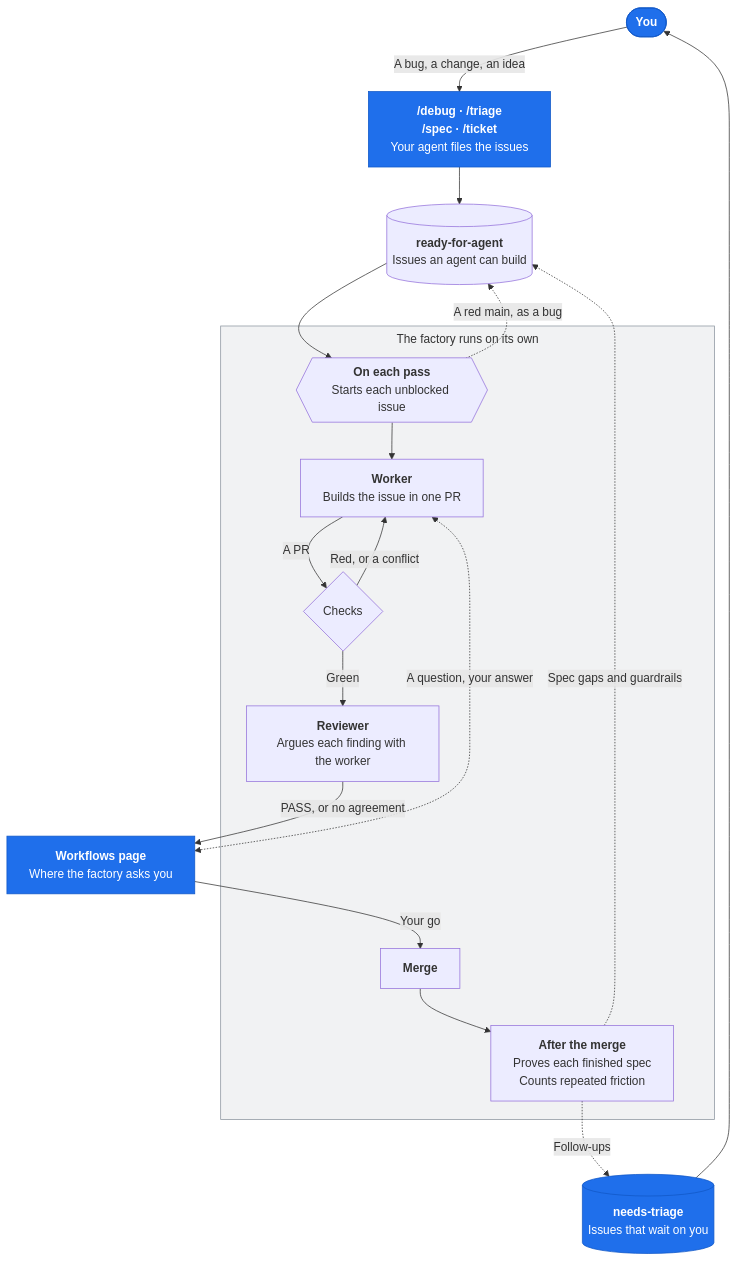
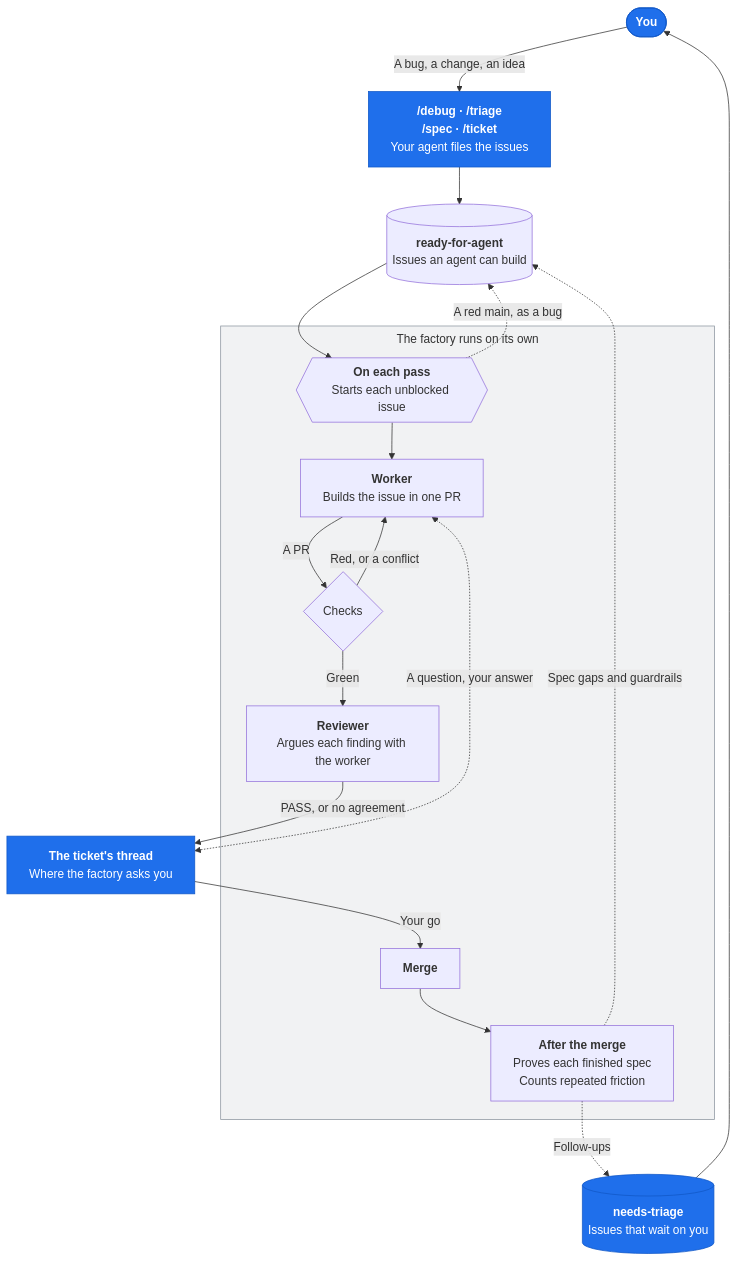
One commit to dante-sparras/skills changed the diagram in README.md. Above: the diagram before and after it, drawn with Mermaid. The commit also changed other lines of this file and 9 other files, not shown here.

First line of the commit message:
feat(factory): ask in the ticket's thread, and settle every thread that is done (#57)

````diff
--- a/README.md
+++ b/README.md
@@ -17,37 +17,37 @@
 ```mermaid
 %%{init: {"flowchart": {"subGraphTitleMargin": {"top": 6, "bottom": 12}}}}%%
 flowchart TD
     you(["<b>You</b>"]):::you
     intake["<b>/debug · /triage</b><br/><b>/spec · /ticket</b><br/>Your agent files the issues"]:::you
     ready[("<b>ready-for-agent</b><br/>Issues an agent can build")]
-    ask["<b>Workflows page</b><br/>Where the factory asks you"]:::you
+    ask["<b>The ticket's thread</b><br/>Where the factory asks you"]:::you
     triage[("<b>needs-triage</b><br/>Issues that wait on you")]:::you
 
     subgraph factory["The factory runs on its own"]
         start{{"<b>On each pass</b><br/>Starts each unblocked issue"}}
         worker["<b>Worker</b><br/>Builds the issue in one PR"]
         checks{"Checks"}
         review["<b>Reviewer</b><br/>Argues each finding with the worker"]
         merge["<b>Merge</b>"]
         learn["<b>After the merge</b><br/>Proves each finished spec<br/>Counts repeated friction"]
     end
 
     you -- "A bug, a change, an idea" --> intake
     intake --> ready
     ready --> start
     start --> worker
     worker -- "A PR" --> checks
     checks -- "Red, or a conflict" --> worker
     checks -- "Green" --> review
     review -- "PASS, or no agreement" --> ask
     worker <-. "A question, your answer" .-> ask
     ask -- "Your go" --> merge
     merge --> learn
     start -. "A red main, as a bug" .-> ready
     learn -. "Spec gaps and guardrails" .-> ready
     learn -. "Follow-ups" .-> triage
     triage --> you
 
     classDef you fill:#1f6feb,stroke:#1158c7,color:#ffffff
     style factory fill:#8b949e1f,stroke:#8b949e
 ```
````
